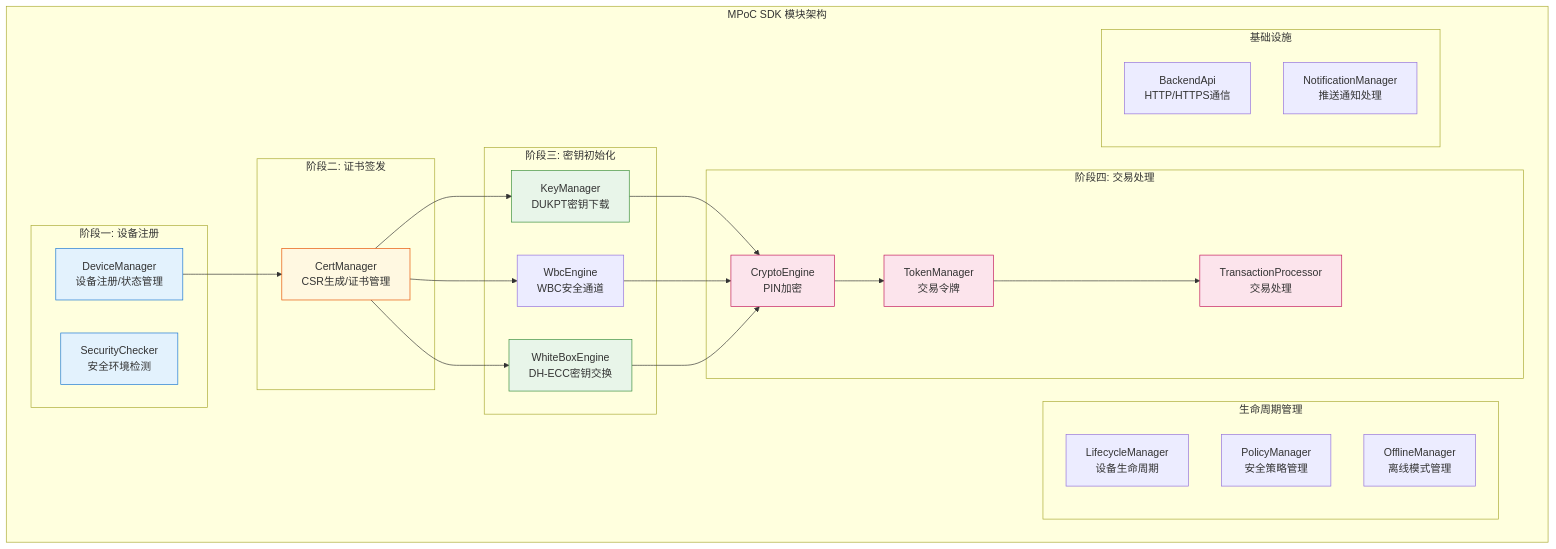
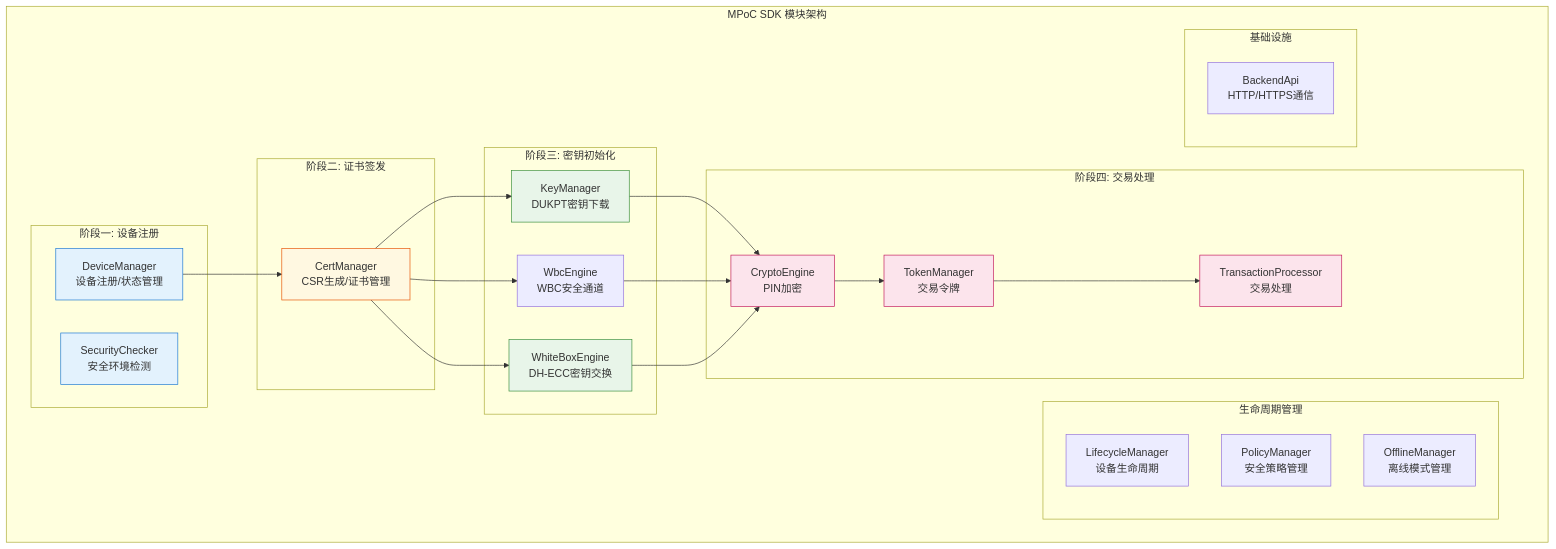
Before and after one commit to kevinwangl/sunbay-softpos-docs: the second of 21 diagrams in solution/MPOC_SDK_API_GUIDE.md, drawn with Mermaid. The commit also changed other lines of this file, not shown here.

````diff
--- a/solution/MPOC_SDK_API_GUIDE.md
+++ b/solution/MPOC_SDK_API_GUIDE.md
@@ -268,55 +172,54 @@
 ```mermaid
 graph TB
     subgraph "MPoC SDK 模块架构"
         subgraph "阶段一: 设备注册"
             DM[DeviceManager<br/>设备注册/状态管理]
             SC[SecurityChecker<br/>安全环境检测]
         end
         
         subgraph "阶段二: 证书签发"
             CM[CertManager<br/>CSR生成/证书管理]
         end
         
         subgraph "阶段三: 密钥初始化"
             KM[KeyManager<br/>DUKPT密钥下载]
             WE[WbcEngine<br/>WBC安全通道]
             WB[WhiteBoxEngine<br/>DH-ECC密钥交换]
         end
         
         subgraph "阶段四: 交易处理"
             CE[CryptoEngine<br/>PIN加密]
             TM[TokenManager<br/>交易令牌]
             TP[TransactionProcessor<br/>交易处理]
         end
         
         subgraph "生命周期管理"
             LM[LifecycleManager<br/>设备生命周期]
             PM[PolicyManager<br/>安全策略管理]
             OM[OfflineManager<br/>离线模式管理]
         end
         
         subgraph "基础设施"
             BA[BackendApi<br/>HTTP/HTTPS通信]
-            NM[NotificationManager<br/>推送通知处理]
         end
     end
     
     DM --> CM
     CM --> KM
     CM --> WE
     CM --> WB
     KM --> CE
     WE --> CE
     WB --> CE
     CE --> TM
     TM --> TP
     
     style DM fill:#e3f2fd,stroke:#1976d2
     style SC fill:#e3f2fd,stroke:#1976d2
     style CM fill:#fff8e1,stroke:#e65100
     style KM fill:#e8f5e9,stroke:#388e3c
     style WB fill:#e8f5e9,stroke:#388e3c
     style CE fill:#fce4ec,stroke:#c2185b
     style TM fill:#fce4ec,stroke:#c2185b
     style TP fill:#fce4ec,stroke:#c2185b
 ```
````
